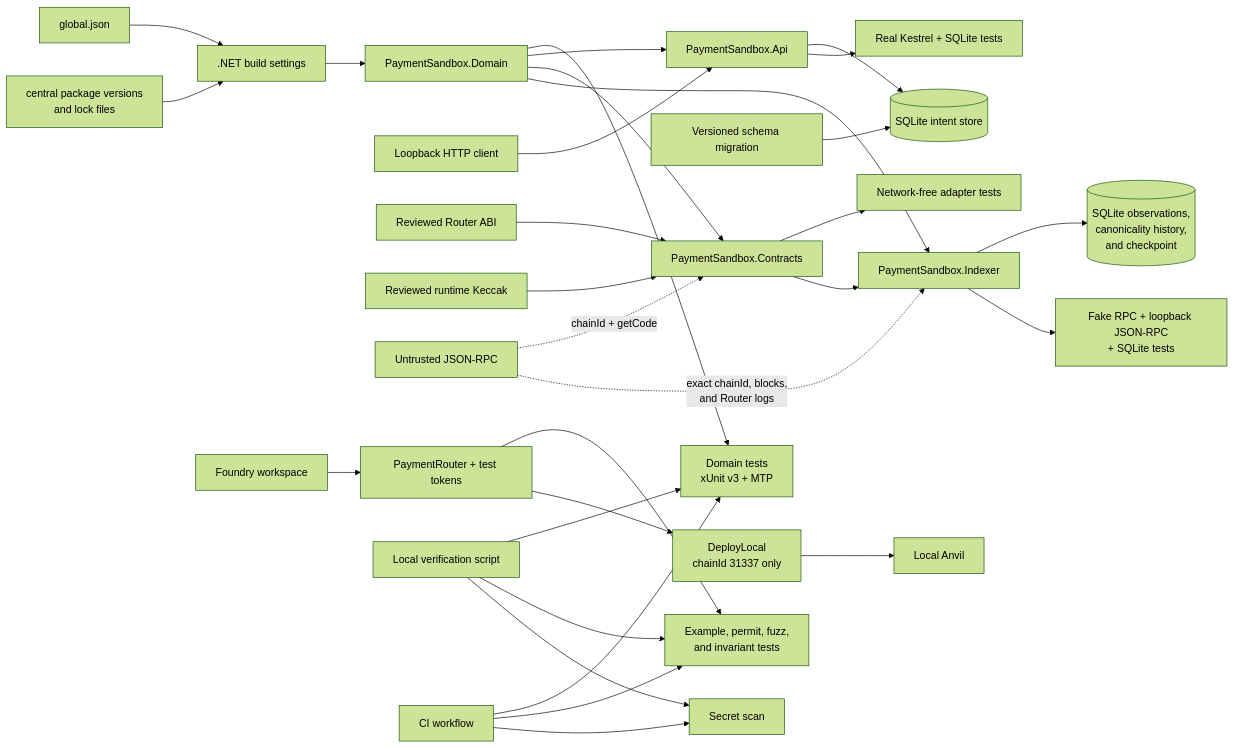
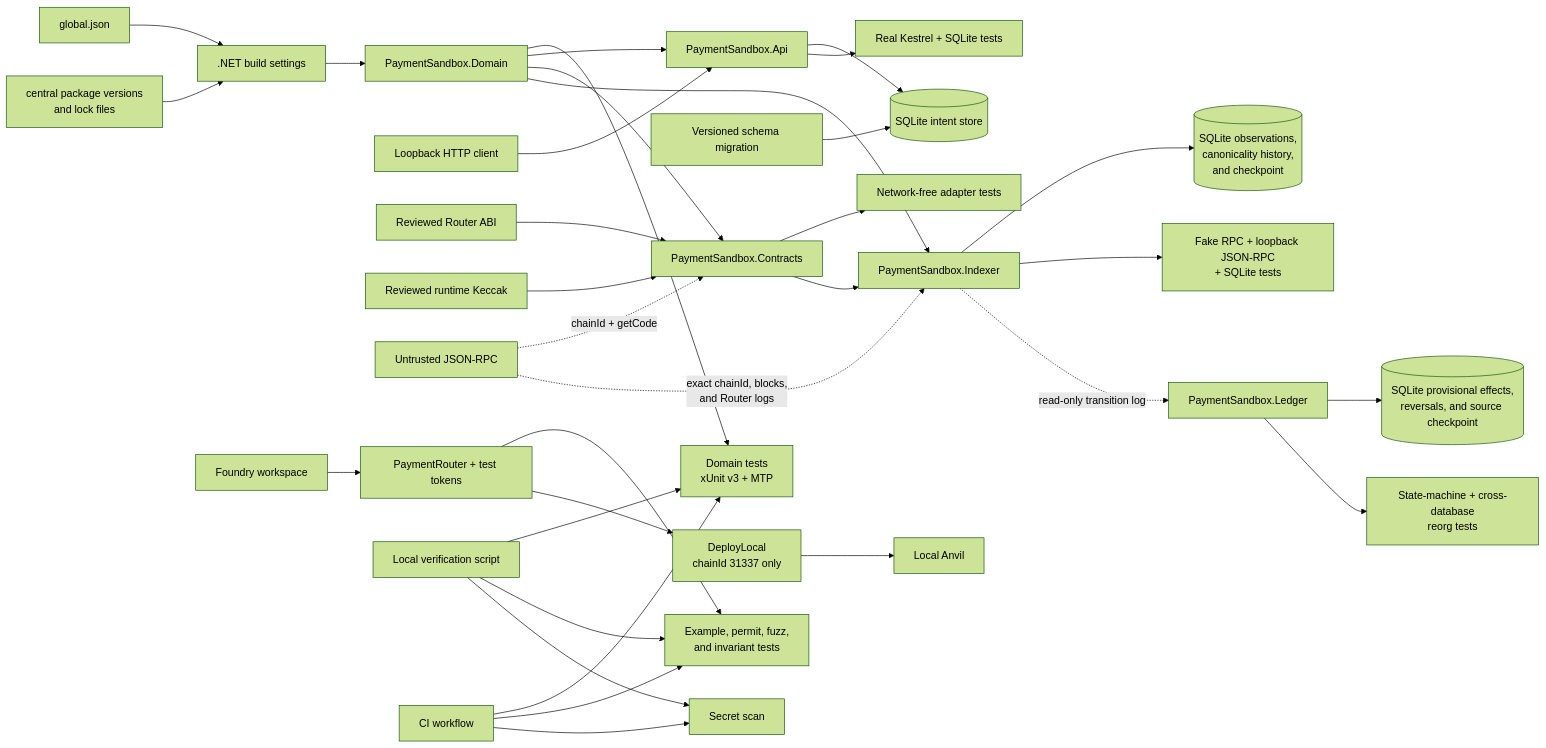
Before and after one commit to xiaocaiisxiaocai/dotnet-evm-payment-sandbox: the first of 2 diagrams in docs/architecture.md, drawn with Mermaid (forest theme). The commit also changed other lines of this file and 33 other files, not shown here.

Commit message:
Add Week 10 reversible payment ledger

````diff
--- a/docs/architecture.md
+++ b/docs/architecture.md
@@ -14,34 +14,37 @@
 ```mermaid
 flowchart LR
     SDK[global.json] --> Build[.NET build settings]
     Packages[central package versions<br/>and lock files] --> Build
     Build --> Domain[PaymentSandbox.Domain]
     Domain --> DomainTests[Domain tests<br/>xUnit v3 + MTP]
     Domain --> API[PaymentSandbox.Api]
     Client[Loopback HTTP client] --> API
     API --> SQLite[(SQLite intent store)]
     Migration[Versioned schema migration] --> SQLite
     API --> APITests[Real Kestrel + SQLite tests]
     Domain --> Contracts[PaymentSandbox.Contracts]
     ABI[Reviewed Router ABI] --> Contracts
     Baseline[Reviewed runtime Keccak] --> Contracts
     RPC[Untrusted JSON-RPC] -. chainId + getCode .-> Contracts
     Contracts --> ContractAdapterTests[Network-free adapter tests]
     Domain --> Indexer[PaymentSandbox.Indexer]
     Contracts --> Indexer
     RPC -. exact chainId, blocks,<br/>and Router logs .-> Indexer
     Indexer --> ObservationDb[(SQLite observations,<br/>canonicality history,<br/>and checkpoint)]
     Indexer --> IndexerTests[Fake RPC + loopback JSON-RPC<br/>+ SQLite tests]
+    Indexer -. read-only transition log .-> Ledger[PaymentSandbox.Ledger]
+    Ledger --> LedgerDb[(SQLite provisional effects,<br/>reversals, and source checkpoint)]
+    Ledger --> LedgerTests[State-machine + cross-database<br/>reorg tests]
 
     Foundry[Foundry workspace] --> Router[PaymentRouter + test tokens]
     Router --> ContractChecks[Example, permit, fuzz,<br/>and invariant tests]
     Router --> Deploy[DeployLocal<br/>chainId 31337 only]
     Deploy --> Anvil[Local Anvil]
 
     Verify[Local verification script] --> DomainTests
     Verify --> ContractChecks
     Verify --> SecretScan[Secret scan]
     CI[CI workflow] --> DomainTests
     CI --> ContractChecks
     CI --> SecretScan
 ```
````
